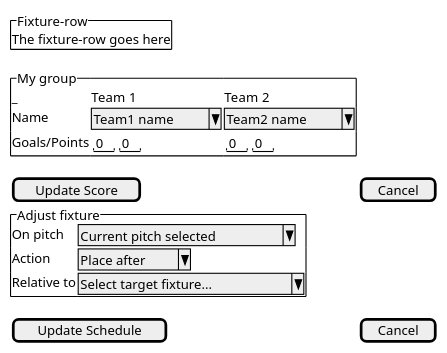
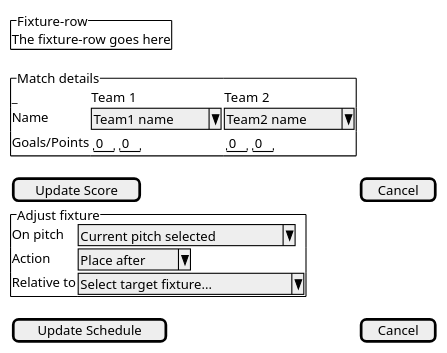
Before and after one commit to eurochriskelly/pp-builder: the diagram in src/ui/templates/views/execution/competitionView/partials/editFixture/editFixture.plantuml, drawn with PlantUML. The commit also changed 3 other files, not shown here.

```diff
--- a/src/ui/templates/views/execution/competitionView/partials/editFixture/editFixture.plantuml
+++ b/src/ui/templates/views/execution/competitionView/partials/editFixture/editFixture.plantuml
@@ -1,20 +1,20 @@
 @startsalt
 {
   {^"Fixture-row"
     The fixture-row goes here
   }
-  {^"My group"
+  {^"Match details"
     _         | Team 1          | Team 2
     Name      | ^Team1 name   ^ | ^Team2 name   ^
     Goals/Points     | { " 0" | " 0"} | { " 0" | " 0" }
   }
   [ Update Score ] | [ Cancel ]
 
   {^"Adjust fixture"
     On pitch     | ^Current pitch selected ^
     Action       | ^Place after^
     Relative to  | ^Select target fixture...^
   }
   [ Update Schedule ] | [ Cancel ]
 }
 @endsalt 
```
